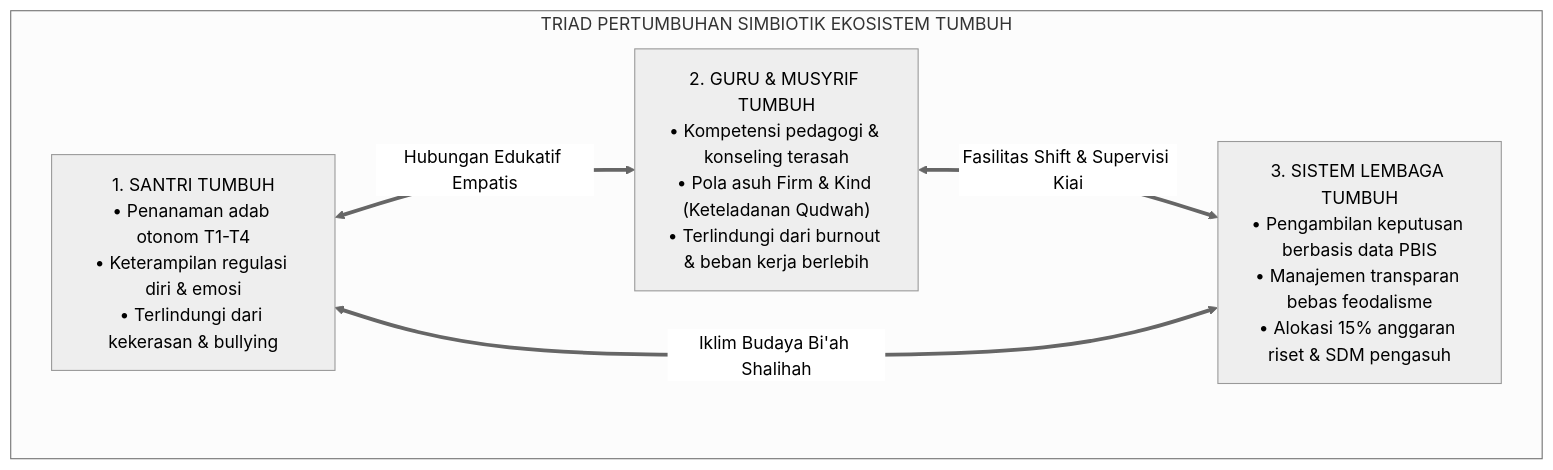
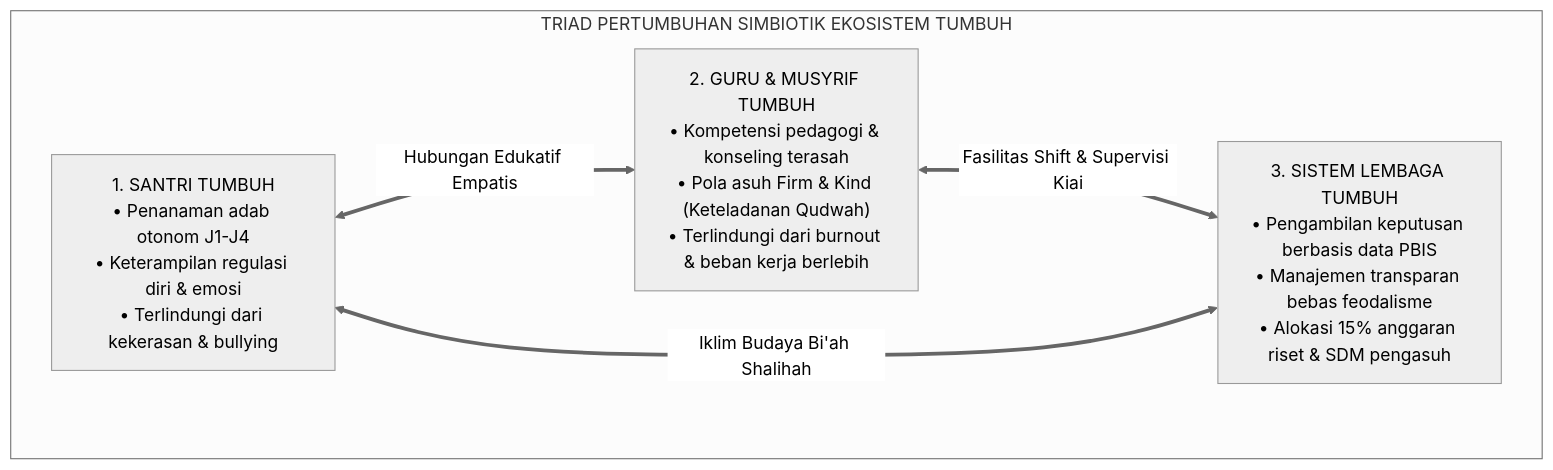
The first of 9 diagrams in 02 Principles/01 Core Principles/P2-01-01-Prinsip-Triad-Pertumbuhan-Simbiotik.md (wandiapriliyandi/tumbuh), drawn with Mermaid (neutral theme) before and after one commit. The commit also changed other lines of this file and 209 other files, not shown here.

````diff
--- a/02 Principles/01 Core Principles/P2-01-01-Prinsip-Triad-Pertumbuhan-Simbiotik.md
+++ b/02 Principles/01 Core Principles/P2-01-01-Prinsip-Triad-Pertumbuhan-Simbiotik.md
@@ -61,14 +61,14 @@
 ```mermaid
 flowchart TD
     subgraph ModelTriadSimbiotik["TRIAD PERTUMBUHAN SIMBIOTIK EKOSISTEM TUMBUH"]
-        Santri["1. SANTRI TUMBUH<br/>• Penanaman adab otonom T1-T4<br/>• Keterampilan regulasi diri & emosi<br/>• Terlindungi dari kekerasan & bullying"]
+        Santri["1. SANTRI TUMBUH<br/>• Penanaman adab otonom J1-J4<br/>• Keterampilan regulasi diri & emosi<br/>• Terlindungi dari kekerasan & bullying"]
         
         Guru["2. GURU & MUSYRIF TUMBUH<br/>• Kompetensi pedagogi & konseling terasah<br/>• Pola asuh Firm & Kind (Keteladanan Qudwah)<br/>• Terlindungi dari burnout & beban kerja berlebih"]
         
         Lembaga["3. SISTEM LEMBAGA TUMBUH<br/>• Pengambilan keputusan berbasis data PBIS<br/>• Manajemen transparan bebas feodalisme<br/>• Alokasi 15% anggaran riset & SDM pengasuh"]
         
         Santri <==>|Hubungan Edukatif Empatis| Guru
         Guru <==>|Fasilitas Shift & Supervisi Kiai| Lembaga
         Lembaga <==>|Iklim Budaya Bi'ah Shalihah| Santri
     end
 ```
````
